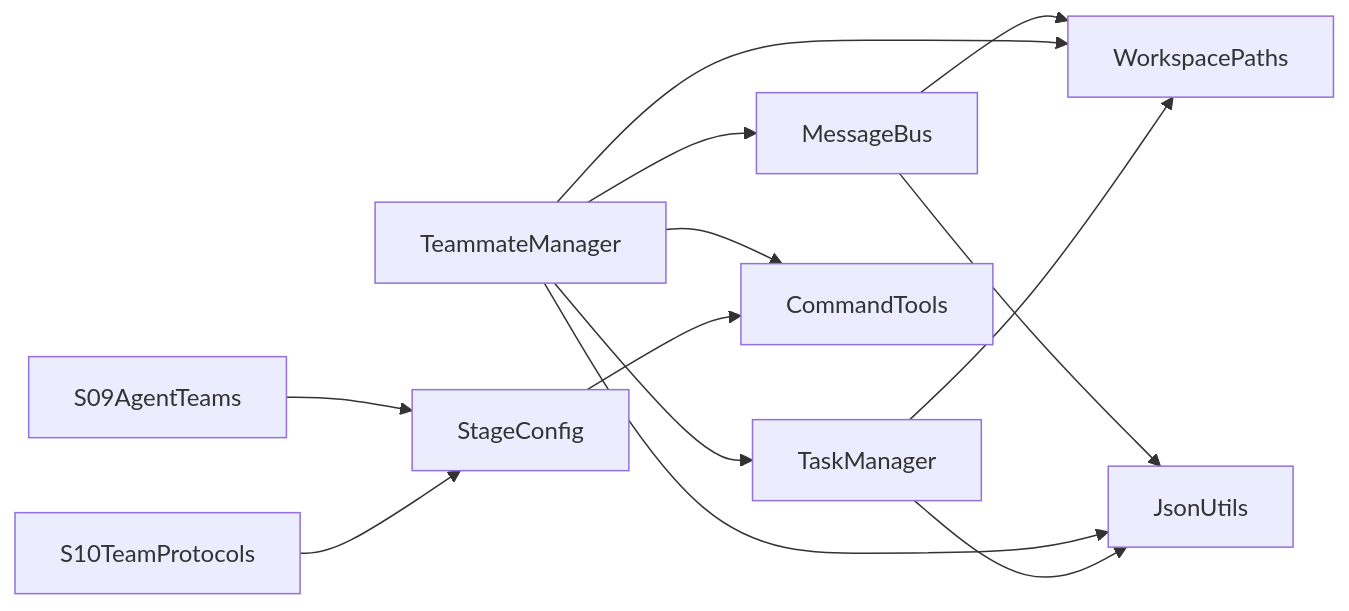
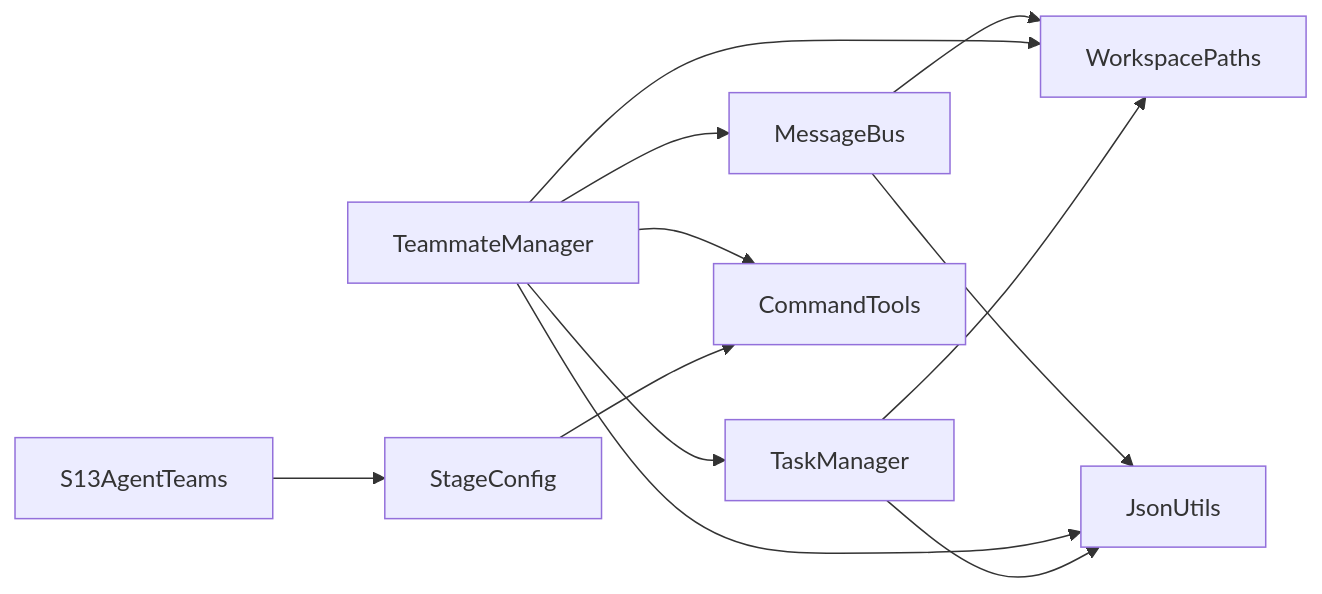
One commit to chenlds1994/learn-claude-code-java changed the sixth of 6 diagrams in .qoder/repowiki/zh/content/团队协作系统/团队协作系统.md. Above: the diagram before and after it, drawn with Mermaid. The commit also changed other lines of this file and 143 other files, not shown here.

First line of the commit message:
更新 repowiki 与 drawio 教程图至 17 阶段结构

````diff
--- a/.qoder/repowiki/zh/content/团队协作系统/团队协作系统.md
+++ b/.qoder/repowiki/zh/content/团队协作系统/团队协作系统.md
@@ -328,15 +323,14 @@
 ```mermaid
 graph LR
 MB["MessageBus"] --> WP["WorkspacePaths"]
 MB --> JU["JsonUtils"]
 TM["TeammateManager"] --> MB
 TM --> TS["TaskManager"]
 TM --> CT["CommandTools"]
 TM --> WP
 TM --> JU
 TS --> WP
 TS --> JU
 SC["StageConfig"] --> CT
-S09["S09AgentTeams"] --> SC
-S10["S10TeamProtocols"] --> SC
+S13["S13AgentTeams"] --> SC
 ```
````
